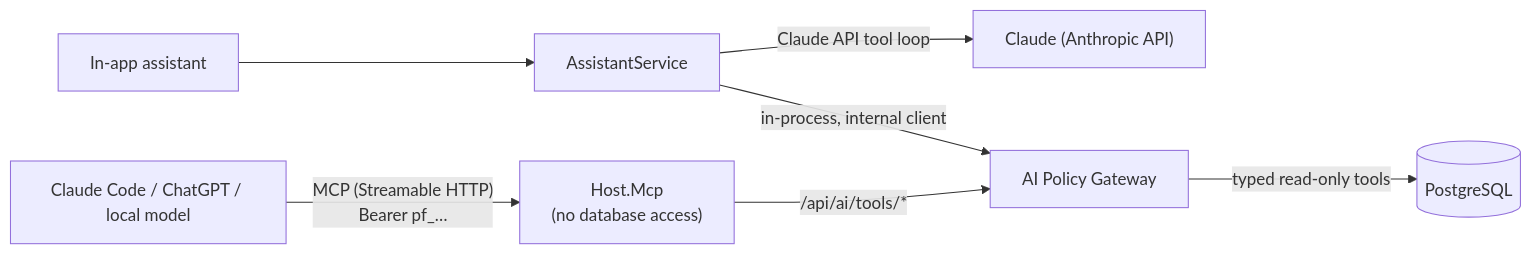
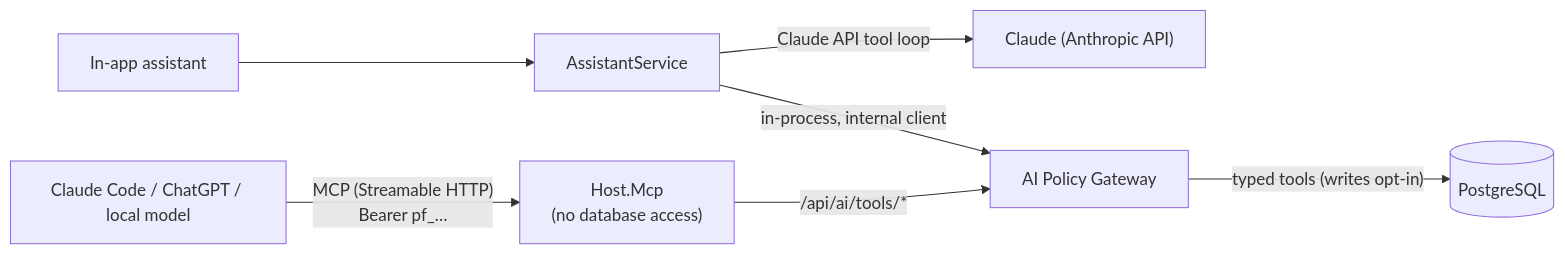
Before and after one commit to joaoguimaraespro/personal-finance: the first of 2 diagrams in docs/ai.md, drawn with Mermaid. The commit also changed other lines of this file and 53 other files, not shown here.

````diff
--- a/docs/ai.md
+++ b/docs/ai.md
@@ -6,9 +7,9 @@
 ```mermaid
 flowchart LR
   CC["Claude Code / ChatGPT / local model"] -->|"MCP (Streamable HTTP)\nBearer pf_…"| MCP["Host.Mcp\n(no database access)"]
   UI["In-app assistant"] --> AS["AssistantService"]
   AS -->|"Claude API tool loop"| CL["Claude (Anthropic API)"]
   MCP -->|"/api/ai/tools/*"| GW
   AS -->|"in-process, internal client"| GW["AI Policy Gateway"]
-  GW -->|"typed read-only tools"| DB[("PostgreSQL")]
+  GW -->|"typed tools (writes opt-in)"| DB[("PostgreSQL")]
 ```
````
